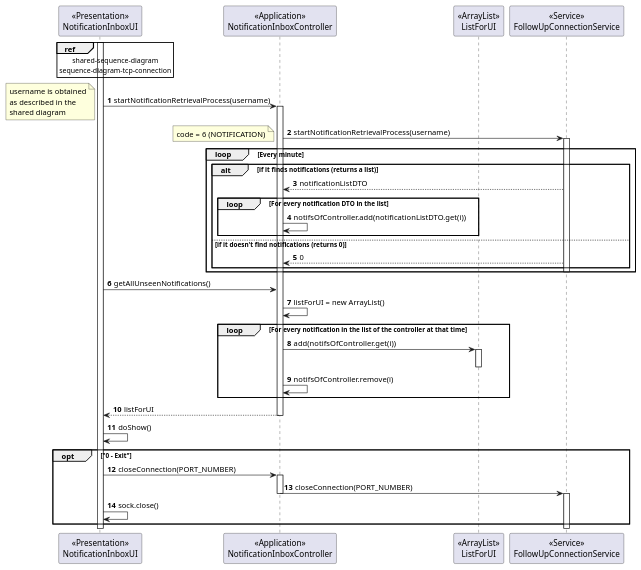
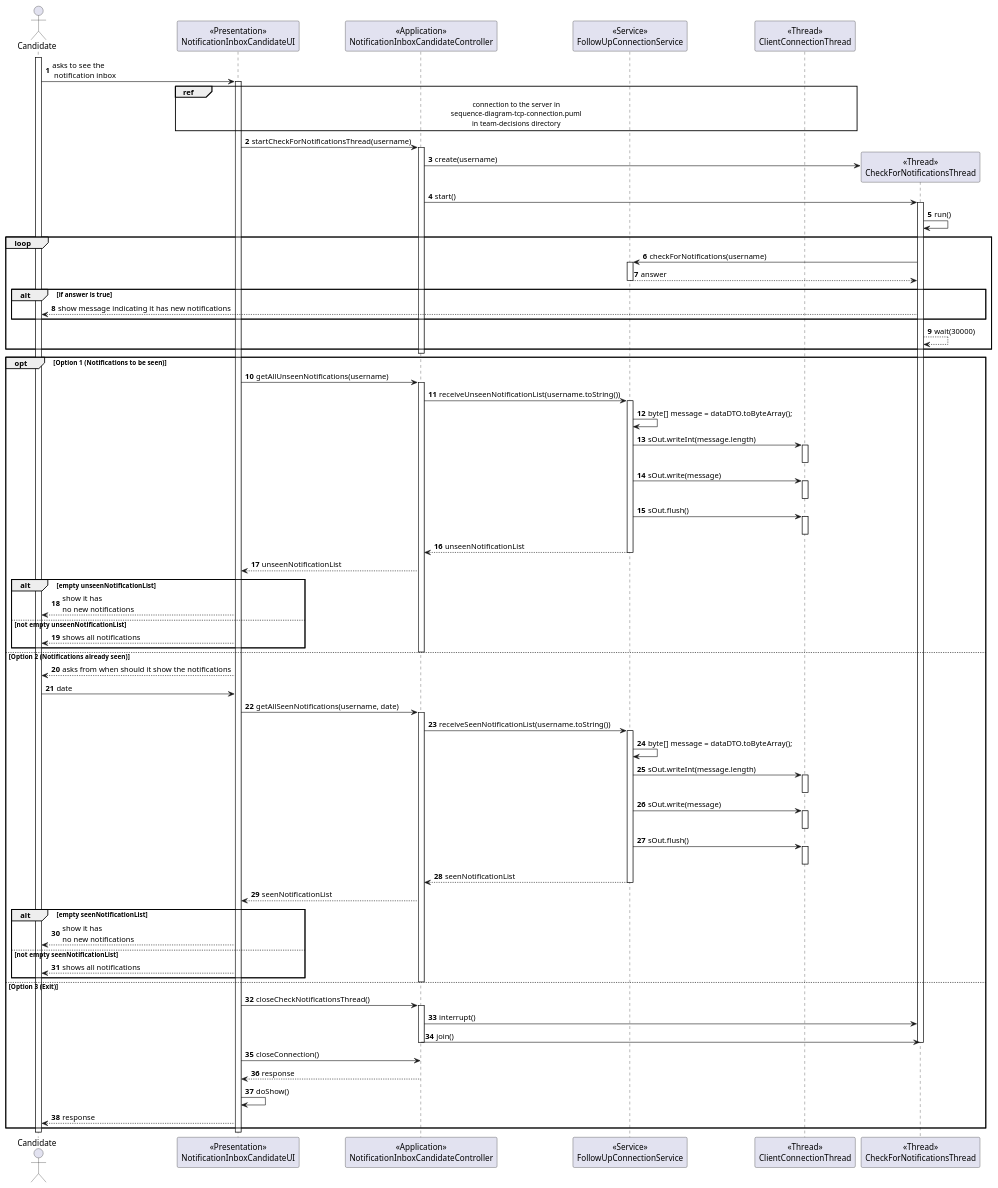
The diagram in docs/sprint-c/us_3001/US3001_SD/US3001_SD_Candidate_App.puml (rita-barbosa/LAPR4-2324), drawn with PlantUML before and after one commit. The commit also changed 4 other files, not shown here.

First line of the commit message:
docs: updates Candidate App e Server to Repo SD's related to us3001.

```diff
--- a/docs/sprint-c/us_3001/US3001_SD/US3001_SD_Candidate_App.puml
+++ b/docs/sprint-c/us_3001/US3001_SD/US3001_SD_Candidate_App.puml
@@ -1,94 +1,182 @@
 @startuml
 'https://plantuml.com/sequence-diagram
 
 autonumber
-participant "<<Presentation>>\nNotificationInboxUI" as UI
-participant "<<Application>>\nNotificationInboxController" as CTRL
-participant "<<ArrayList>>\nListForUI" as LIST
-participant "<<Service>>\nFollowUpConnectionService" as SER
+actor "Candidate" as ACTOR
+participant "<<Presentation>>\nNotificationInboxCandidateUI" as UI
+participant "<<Application>>\nNotificationInboxCandidateController" as CTRL
+participant "<<Service>>\nFollowUpConnectionService" as SERVICE
+participant "<<Thread>>\nClientConnectionThread" as CLITHREAD
+participant "<<Thread>>\nCheckForNotificationsThread" as THREAD
 
-activate UI
+activate ACTOR
 
-    ref over UI
-    shared-sequence-diagram
-    sequence-diagram-tcp-connection
-    end ref
+    ACTOR -> UI : asks to see the\n notification inbox
 
-    UI -> CTRL : startNotificationRetrievalProcess(username)
+    activate UI
 
-    note bottom
-    username is obtained
-    as described in the
-    shared diagram
-    end note
+        ref over UI, CLITHREAD
+        connection to the server in
+        sequence-diagram-tcp-connection.puml
+        in team-decisions directory
+        end
 
-    activate CTRL
+        UI -> CTRL : startCheckForNotificationsThread(username)
 
-        CTRL -> SER : startNotificationRetrievalProcess(username)
+        activate CTRL
 
-        activate SER
+            CTRL -> THREAD** : create(username)
 
-            note left
-            code = 6 (NOTIFICATION)
-            end note
+            CTRL -> THREAD : start()
 
-                loop Every minute
+            activate THREAD
 
-                    alt if it finds notifications (returns a list)
+                THREAD -> THREAD : run()
 
-                        SER --> CTRL : notificationListDTO
+                loop
 
-                        loop For every notification DTO in the list
+                    THREAD -> SERVICE : checkForNotifications(username)
 
-                            CTRL -> CTRL : notifsOfController.add(notificationListDTO.get(i))
+                    activate SERVICE
 
-                        end
+                        SERVICE --> THREAD : answer
 
-                    else if it doesn't find notifications (returns 0)
+                    deactivate SERVICE
 
-                        SER --> CTRL : 0
+                    alt if answer is true
 
+                        THREAD --> ACTOR : show message indicating it has new notifications
                     end
 
-        deactivate SER
+                    THREAD --> THREAD : wait(30000)
+
+                end
+
+        deactivate CTRL
+
+        opt Option 1 (Notifications to be seen)
+
+            UI -> CTRL : getAllUnseenNotifications(username)
+
+            activate CTRL
+
+                CTRL -> SERVICE : receiveUnseenNotificationList(username.toString())
+
+                activate SERVICE
+
+                   SERVICE -> SERVICE : byte[] message = dataDTO.toByteArray();
+
+                   SERVICE -> CLITHREAD : sOut.writeInt(message.length)
+
+                   activate CLITHREAD
+
+                   deactivate CLITHREAD
+
+                   SERVICE -> CLITHREAD : sOut.write(message)
+
+                   activate CLITHREAD
+
+                   deactivate CLITHREAD
+
+                   SERVICE -> CLITHREAD : sOut.flush()
+
+                   activate CLITHREAD
+
+                   deactivate CLITHREAD
+
+                   SERVICE --> CTRL : unseenNotificationList
+
+                deactivate SERVICE
+
+                CTRL --> UI : unseenNotificationList
+
+                alt empty unseenNotificationList
+
+                    UI --> ACTOR : show it has \nno new notifications
+
+                else not empty unseenNotificationList
+
+                    UI --> ACTOR : shows all notifications
+
+                end
+
+            deactivate CTRL
+
+        else Option 2 (Notifications already seen)
+
+            UI --> ACTOR : asks from when should it show the notifications
+
+            ACTOR -> UI : date
+
+            UI -> CTRL : getAllSeenNotifications(username, date)
+
+            activate CTRL
+                            CTRL -> SERVICE : receiveSeenNotificationList(username.toString())
+
+                            activate SERVICE
+                               SERVICE -> SERVICE : byte[] message = dataDTO.toByteArray();
+
+                               SERVICE -> CLITHREAD : sOut.writeInt(message.length)
+
+                               activate CLITHREAD
+
+                               deactivate CLITHREAD
+
+                               SERVICE -> CLITHREAD : sOut.write(message)
+
+                               activate CLITHREAD
+
+                               deactivate CLITHREAD
+
+                               SERVICE -> CLITHREAD : sOut.flush()
+
+                               activate CLITHREAD
+
+                               deactivate CLITHREAD
+
+                               SERVICE --> CTRL : seenNotificationList
+
+                            deactivate SERVICE
+
+                            CTRL --> UI : seenNotificationList
+
+                            alt empty seenNotificationList
+
+                                UI --> ACTOR : show it has \nno new notifications
+
+                            else not empty seenNotificationList
+
+                                UI --> ACTOR : shows all notifications
+
+                            end
+
+                        deactivate CTRL
+
+        else Option 3 (Exit)
+            UI -> CTRL : closeCheckNotificationsThread()
+
+            activate CTRL
+
+                CTRL -> THREAD : interrupt()
+
+                CTRL -> THREAD : join()
+
+                deactivate THREAD
+
+            deactivate CTRL
+
+            UI -> CTRL : closeConnection()
+
+            CTRL --> UI : response
+
+            UI -> UI : doShow()
+
+            UI --> ACTOR : response
 
         end
 
-        UI -> CTRL : getAllUnseenNotifications()
+    deactivate UI
 
-        CTRL -> CTRL : listForUI = new ArrayList()
-
-        loop For every notification in the list of the controller at that time
-
-            CTRL -> LIST : add(notifsOfController.get(i))
-
-            activate LIST
-
-            deactivate LIST
-
-            CTRL -> CTRL : notifsOfController.remove(i)
-
-        end
-
-        CTRL --> UI : listForUI
-
-    deactivate CTRL
-
-        UI -> UI : doShow()
-
-    opt "0 - Exit"
-
-    UI -> CTRL : closeConnection(PORT_NUMBER)
-    activate CTRL
-
-    CTRL -> SER : closeConnection(PORT_NUMBER)
-    deactivate CTRL
-    activate SER
-
-    autonumber resume
-
-    UI -> UI : sock.close()
-    end opt
-
+deactivate ACTOR
 
 @enduml
```
